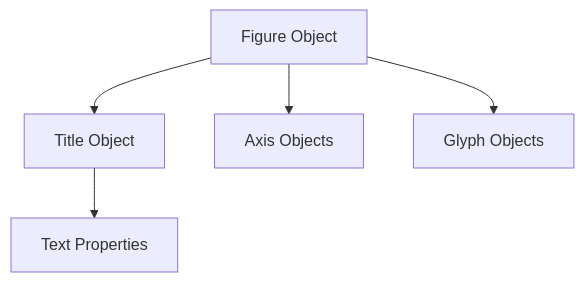
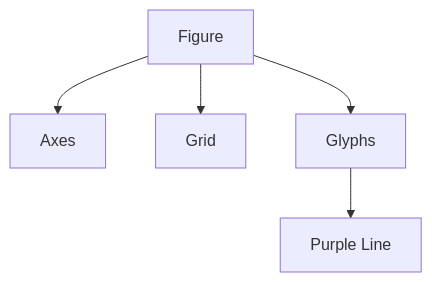
One commit to Balasubramanian-pg/MSC.-Data-Science-AI changed the diagram in Trimester 1/Data Visualization & Storytelling/W10 - Module 4c. Python Bokeh package/L29/Decorating the Visuals/Visual Hierarchy.md. Above: the diagram before and after it, drawn with Mermaid. The commit also changed other lines of this file, not shown here.

Commit message:
Add split section: Visual Hierarchy

````diff
--- a/Trimester 1/Data Visualization & Storytelling/W10 - Module 4c. Python Bokeh package/L29/Decorating the Visuals/Visual Hierarchy.md
+++ b/Trimester 1/Data Visualization & Storytelling/W10 - Module 4c. Python Bokeh package/L29/Decorating the Visuals/Visual Hierarchy.md
@@ -5,9 +3,9 @@
 ```mermaid
 flowchart TD
-    A[Figure Object]
-    A --> B[Title Object]
-    A --> C[Axis Objects]
-    A --> D[Glyph Objects]
+    A[Figure]
+    A --> B[Axes]
+    A --> C[Grid]
+    A --> D[Glyphs]
 
-    B --> E[Text Properties]
+    D --> E[Purple Line]
 ```
````
